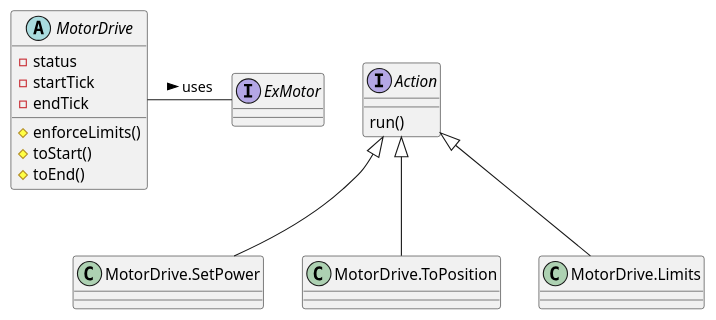
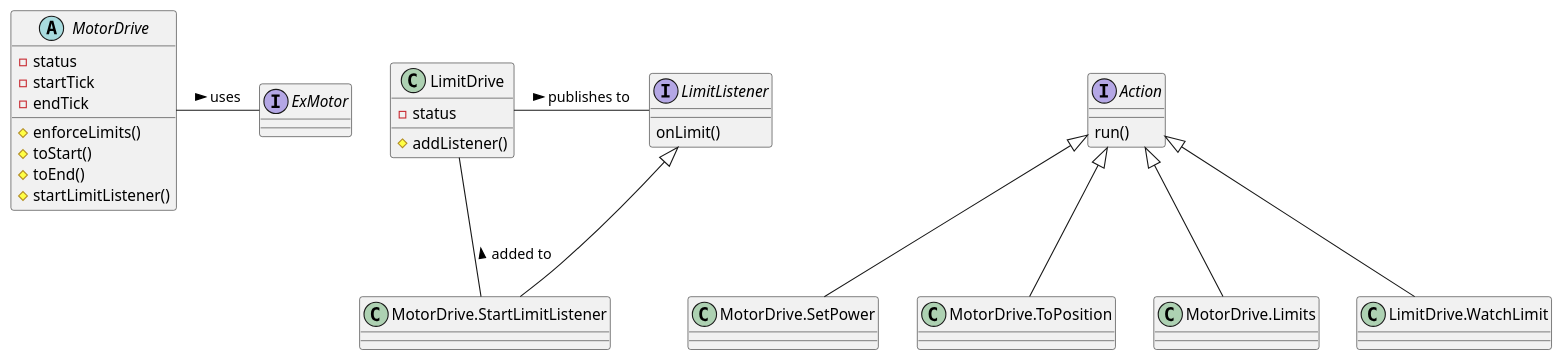
Before and after one commit to FTC14691-MechanicalMafia/2024_25_InToTheDeep_14691: the diagram in TeamCode/src/main/java/org/firstinspires/ftc/teamcode/MotorDrive.puml, drawn with PlantUML. The commit also changed 4 other files, not shown here.

Commit message:
Updating the diagrams with the limit drive

```diff
--- a/TeamCode/src/main/java/org/firstinspires/ftc/teamcode/MotorDrive.puml
+++ b/TeamCode/src/main/java/org/firstinspires/ftc/teamcode/MotorDrive.puml
@@ -1,26 +1,42 @@
 @startuml
 'https://plantuml.com/class-diagram
 
 abstract class MotorDrive {
   -status
   -startTick
   -endTick
   #enforceLimits()
   #toStart()
   #toEnd()
+  #startLimitListener()
 }
 interface ExMotor
 interface Action {
   run()
 }
 set separator none
 class MotorDrive.SetPower
 class MotorDrive.ToPosition
 class MotorDrive.Limits
+class MotorDrive.StartLimitListener
+
+interface LimitListener {
+  onLimit()
+}
+class LimitDrive {
+  -status
+  #addListener()
+}
+class LimitDrive.WatchLimit
 
 Action <|-- MotorDrive.SetPower
 Action <|-- MotorDrive.ToPosition
 Action <|-- MotorDrive.Limits
+LimitListener <|-- MotorDrive.StartLimitListener
 MotorDrive - ExMotor : uses >
 
+Action <|-- LimitDrive.WatchLimit
+LimitDrive - LimitListener : publishes to >
+MotorDrive.StartLimitListener - LimitDrive : added to >
+
 @enduml
```
